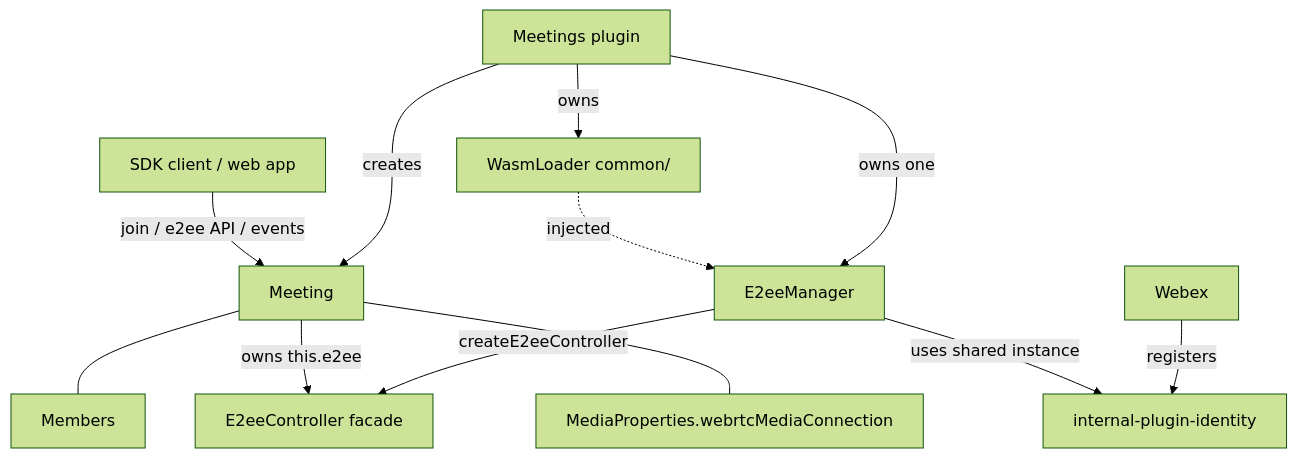
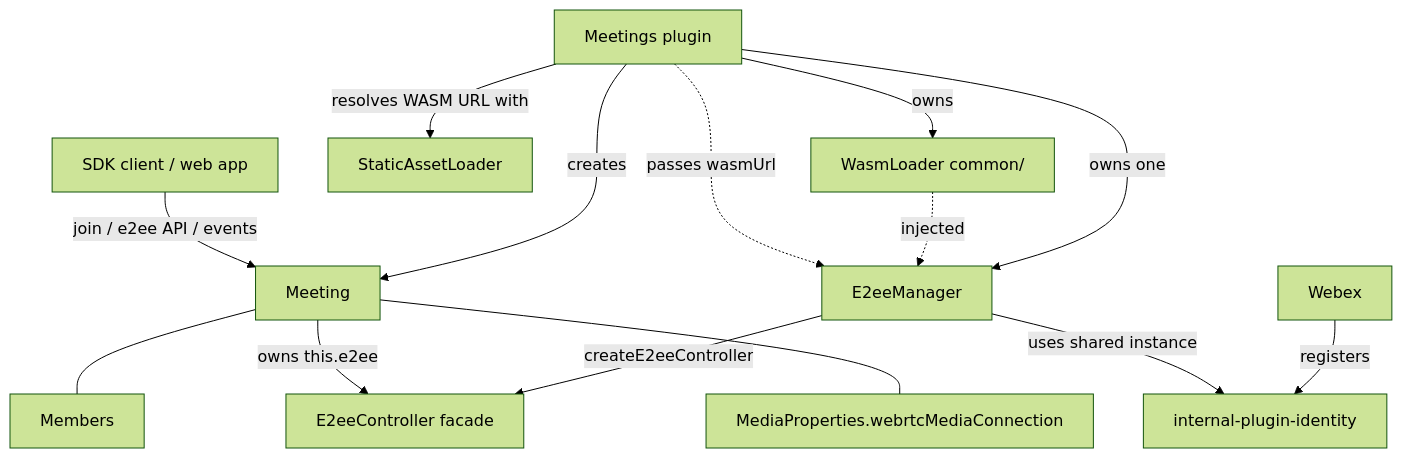
The first of 3 diagrams in packages/@webex/plugin-meetings/src/e2ee/DESIGN.md (webex/webex-js-sdk), drawn with Mermaid (forest theme) before and after one commit. The commit also changed other lines of this file and 6 other files, not shown here.

Commit message:
refactor(meetings): pass E2EE WASM URL directly

````diff
--- a/packages/@webex/plugin-meetings/src/e2ee/DESIGN.md
+++ b/packages/@webex/plugin-meetings/src/e2ee/DESIGN.md
@@ -105,14 +105,16 @@
 ```mermaid
 graph TD
     Meetings[Meetings plugin] -->|creates| Meeting[Meeting]
     Meetings -->|owns| WasmLoader[WasmLoader common/]
+    Meetings -->|resolves WASM URL with| Assets[StaticAssetLoader]
     Meetings -->|owns one| Mgr[E2eeManager]
     WasmLoader -.->|injected| Mgr
+    Meetings -.->|passes wasmUrl| Mgr
     Webex -->|registers| Ident[internal-plugin-identity]
     Mgr -->|uses shared instance| Ident
     Mgr -->|createE2eeController| E2eeController[E2eeController facade]
     Meeting -->|owns this.e2ee| E2eeController
     App[SDK client / web app] -->|join / e2ee API / events| Meeting
     Meeting --- Members
     Meeting --- MediaProps[MediaProperties.webrtcMediaConnection]
 ```
````
